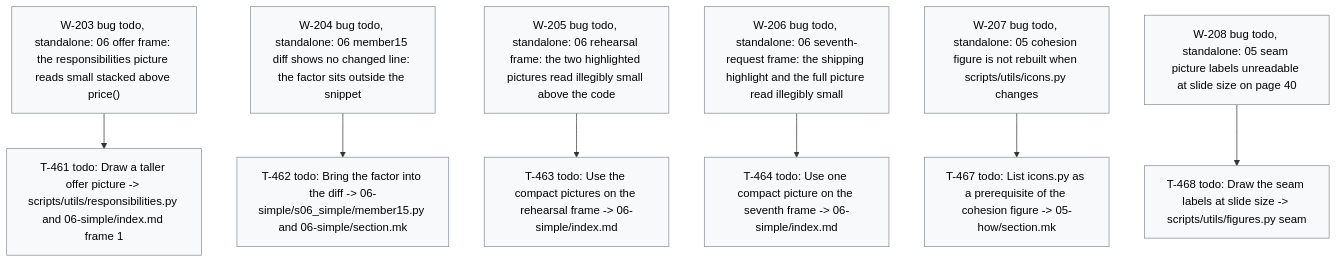
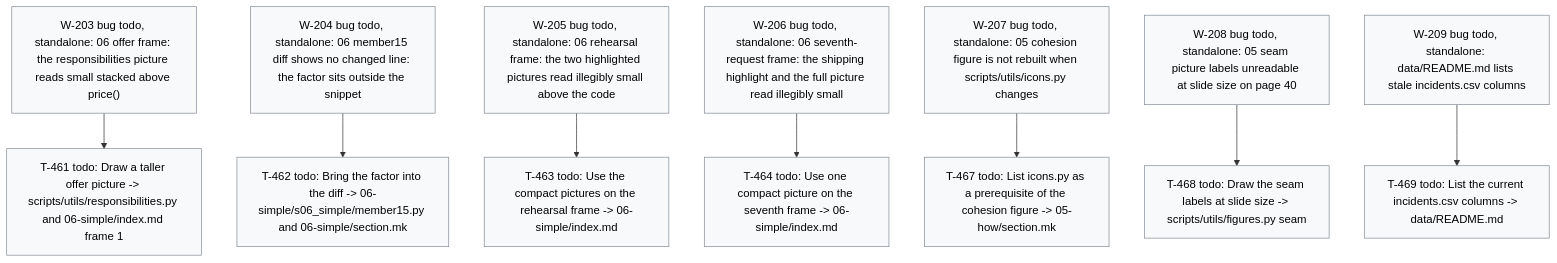
The diagram in .board/BOARD.md (dpopchev/chaos-to-simple), drawn with Mermaid before and after one commit. The commit also changed other lines of this file and 3 other files, not shown here.

Commit message:
chore(board): W-202 verified; file W-209 -- stale incidents.csv columns in data/README.md (W-202, W-209, T-460)

````diff
--- a/.board/BOARD.md
+++ b/.board/BOARD.md
@@ -1201,21 +1202,23 @@
 ```mermaid
 flowchart TD
   W203["W-203 bug todo, standalone: 06 offer frame: the responsibilities picture reads small stacked above price()"]
   W203 --> T461["T-461 todo: Draw a taller offer picture -> scripts/utils/responsibilities.py and 06-simple/index.md frame 1"]
   W204["W-204 bug todo, standalone: 06 member15 diff shows no changed line: the factor sits outside the snippet"]
   W204 --> T462["T-462 todo: Bring the factor into the diff -> 06-simple/s06_simple/member15.py and 06-simple/section.mk"]
   W205["W-205 bug todo, standalone: 06 rehearsal frame: the two highlighted pictures read illegibly small above the code"]
   W205 --> T463["T-463 todo: Use the compact pictures on the rehearsal frame -> 06-simple/index.md"]
   W206["W-206 bug todo, standalone: 06 seventh-request frame: the shipping highlight and the full picture read illegibly small"]
   W206 --> T464["T-464 todo: Use one compact picture on the seventh frame -> 06-simple/index.md"]
   W207["W-207 bug todo, standalone: 05 cohesion figure is not rebuilt when scripts/utils/icons.py changes"]
   W207 --> T467["T-467 todo: List icons.py as a prerequisite of the cohesion figure -> 05-how/section.mk"]
   W208["W-208 bug todo, standalone: 05 seam picture labels unreadable at slide size on page 40"]
   W208 --> T468["T-468 todo: Draw the seam labels at slide size -> scripts/utils/figures.py seam"]
+  W209["W-209 bug todo, standalone: data/README.md lists stale incidents.csv columns"]
+  W209 --> T469["T-469 todo: List the current incidents.csv columns -> data/README.md"]
   classDef doing fill:#fff3bf,stroke:#b58900,color:#000;
   classDef blocked fill:#ffe3e3,stroke:#c92a2a,color:#000;
   classDef done fill:#e6ffed,stroke:#2b8a3e,color:#000;
   classDef todo fill:#f8f9fa,stroke:#868e96,color:#000;
   classDef pruned fill:#f1f3f5,stroke:#adb5bd,color:#000;
-  class W203,T461,W204,T462,W205,T463,W206,T464,W207,T467,W208,T468 todo
+  class W203,T461,W204,T462,W205,T463,W206,T464,W207,T467,W208,T468,W209,T469 todo
 ```
````
